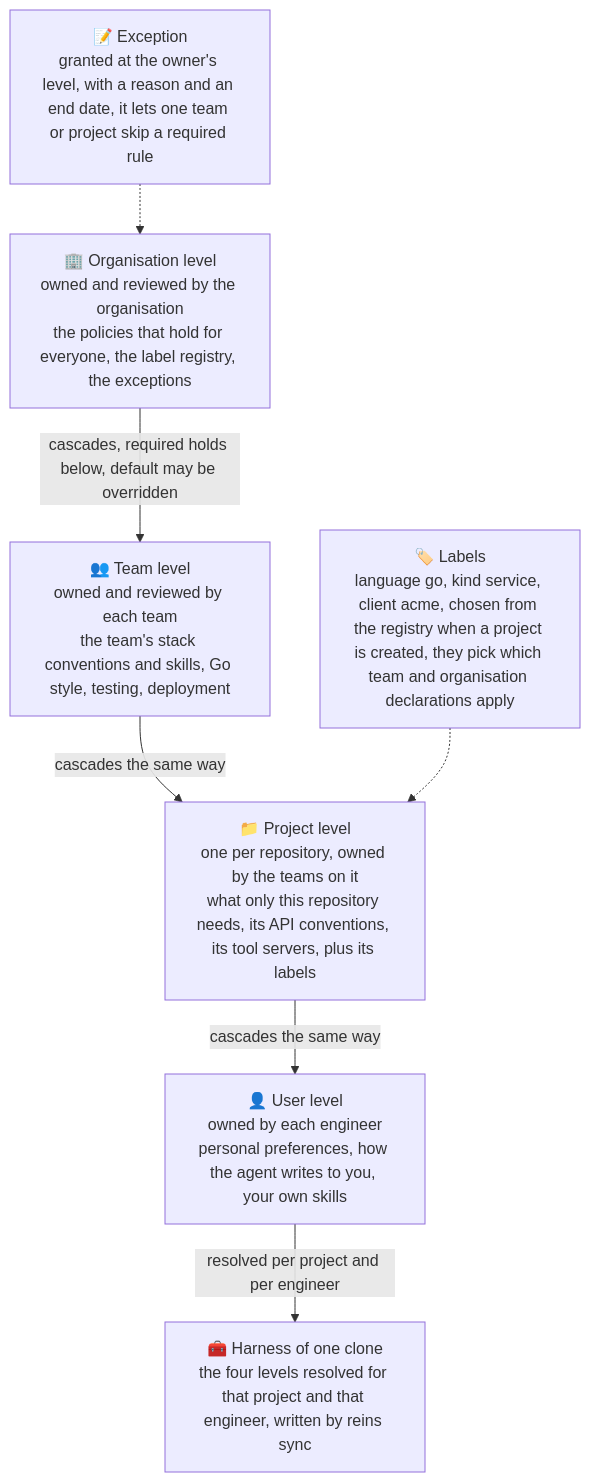
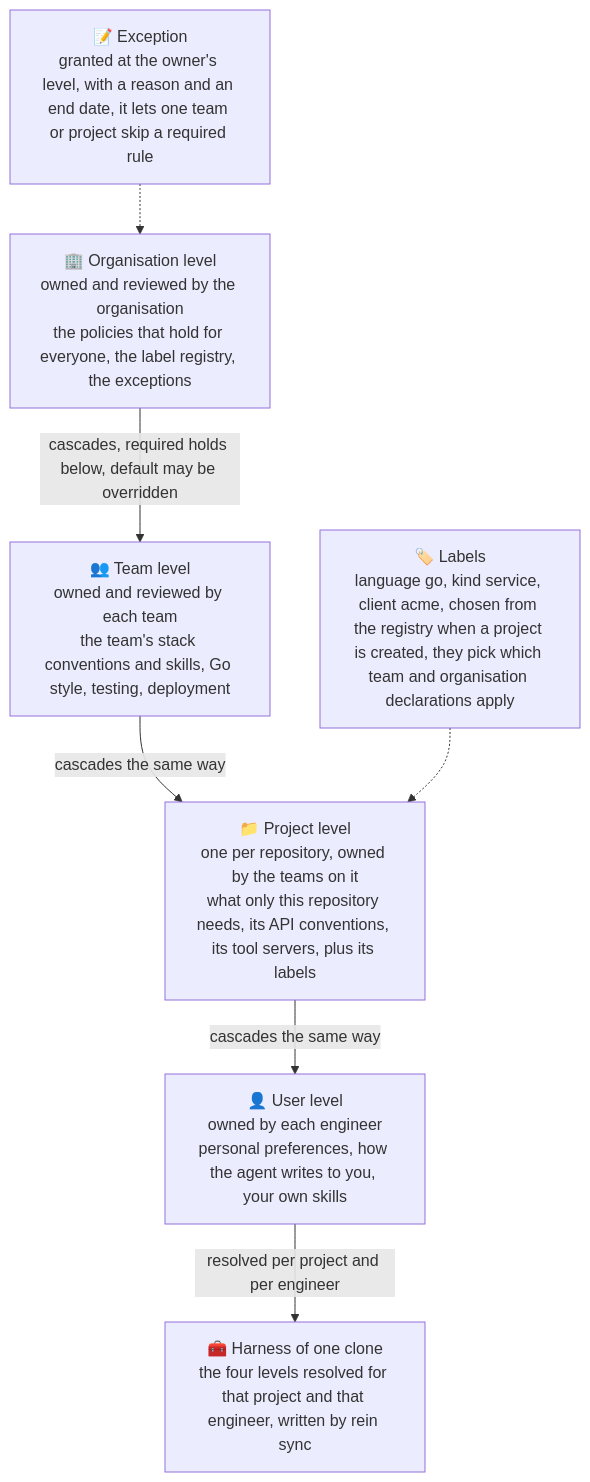
The second of 2 diagrams in README.md (Danidani23/agents-rein), drawn with Mermaid before and after one commit. The commit also changed other lines of this file and 11 other files, not shown here.

````diff
--- a/README.md
+++ b/README.md
@@ -84,14 +84,14 @@
 ```mermaid
 graph TD
   O["🏢 Organisation level<br/>owned and reviewed by the organisation<br/>the policies that hold for everyone, the label registry, the exceptions"]
   T["👥 Team level<br/>owned and reviewed by each team<br/>the team's stack conventions and skills, Go style, testing, deployment"]
   P["📁 Project level<br/>one per repository, owned by the teams on it<br/>what only this repository needs, its API conventions, its tool servers, plus its labels"]
   U["👤 User level<br/>owned by each engineer<br/>personal preferences, how the agent writes to you, your own skills"]
-  H["🧰 Harness of one clone<br/>the four levels resolved for that project and that engineer, written by reins sync"]
+  H["🧰 Harness of one clone<br/>the four levels resolved for that project and that engineer, written by rein sync"]
   O -->|"cascades, required holds below, default may be overridden"| T
   T -->|"cascades the same way"| P
   P -->|"cascades the same way"| U
   U -->|"resolved per project and per engineer"| H
   X["📝 Exception<br/>granted at the owner's level, with a reason and an end date, it lets one team or project skip a required rule"] -.-> O
   L["🏷️ Labels<br/>language go, kind service, client acme, chosen from the registry when a project is created, they pick which team and organisation declarations apply"] -.-> P
 ```
````
